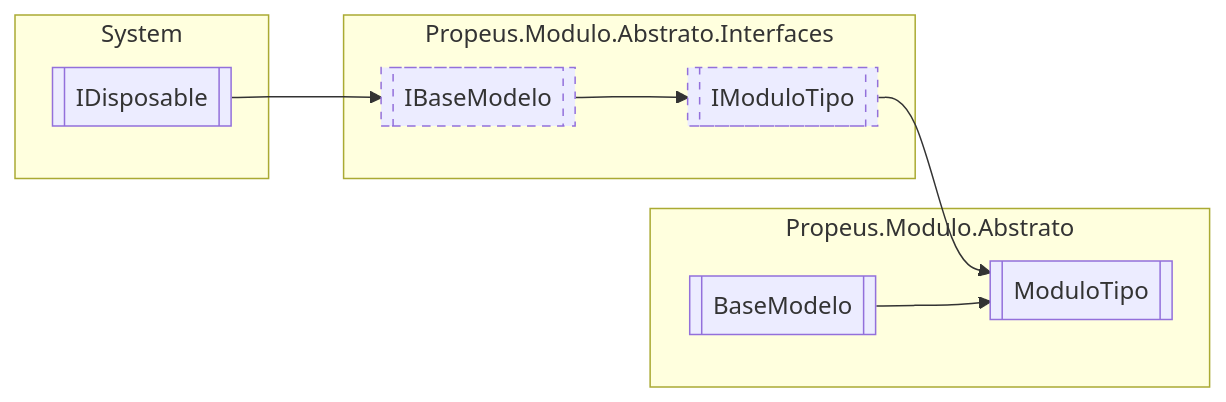
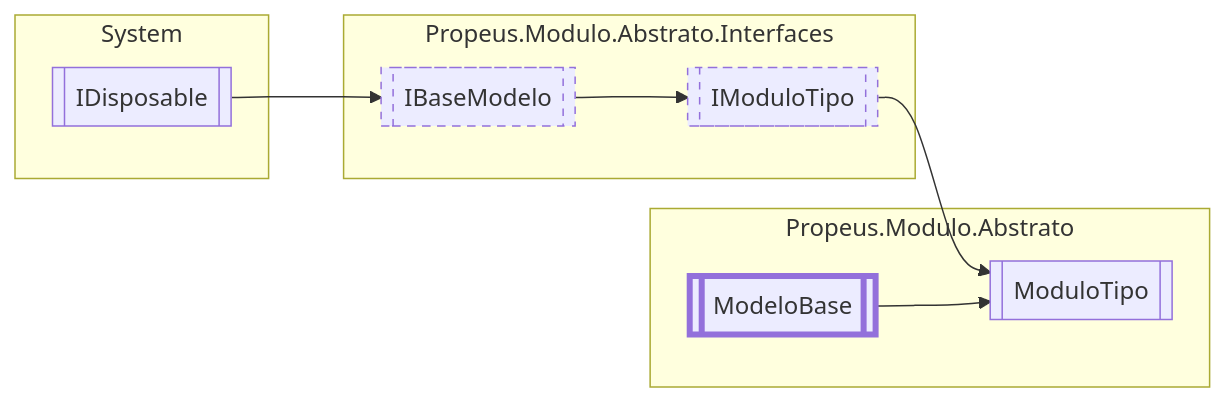
Before and after one commit to Propeus/Modulo: the diagram in docs/ModularDoc/propeusmoduloabstrato-ModuloTipo.md, drawn with Mermaid. The commit also changed other lines of this file and 226 other files, not shown here.

````diff
--- a/docs/ModularDoc/propeusmoduloabstrato-ModuloTipo.md
+++ b/docs/ModularDoc/propeusmoduloabstrato-ModuloTipo.md
@@ -7,22 +7,23 @@
 ```mermaid
   flowchart LR
   classDef interfaceStyle stroke-dasharray: 5 5;
   classDef abstractStyle stroke-width:4px
   subgraph Propeus.Modulo.Abstrato
   Propeus.Modulo.Abstrato.ModuloTipo[[ModuloTipo]]
-  Propeus.Modulo.Abstrato.BaseModelo[[BaseModelo]]
+  Propeus.Modulo.Abstrato.ModeloBase[[ModeloBase]]
+  class Propeus.Modulo.Abstrato.ModeloBase abstractStyle;
   end
   subgraph Propeus.Modulo.Abstrato.Interfaces
   Propeus.Modulo.Abstrato.Interfaces.IModuloTipo[[IModuloTipo]]
   class Propeus.Modulo.Abstrato.Interfaces.IModuloTipo interfaceStyle;
   Propeus.Modulo.Abstrato.Interfaces.IBaseModelo[[IBaseModelo]]
   class Propeus.Modulo.Abstrato.Interfaces.IBaseModelo interfaceStyle;
   end
   subgraph System
 System.IDisposable[[IDisposable]]
   end
 Propeus.Modulo.Abstrato.Interfaces.IModuloTipo --> Propeus.Modulo.Abstrato.ModuloTipo
 Propeus.Modulo.Abstrato.Interfaces.IBaseModelo --> Propeus.Modulo.Abstrato.Interfaces.IModuloTipo
 System.IDisposable --> Propeus.Modulo.Abstrato.Interfaces.IBaseModelo
-Propeus.Modulo.Abstrato.BaseModelo --> Propeus.Modulo.Abstrato.ModuloTipo
+Propeus.Modulo.Abstrato.ModeloBase --> Propeus.Modulo.Abstrato.ModuloTipo
 ```
````
